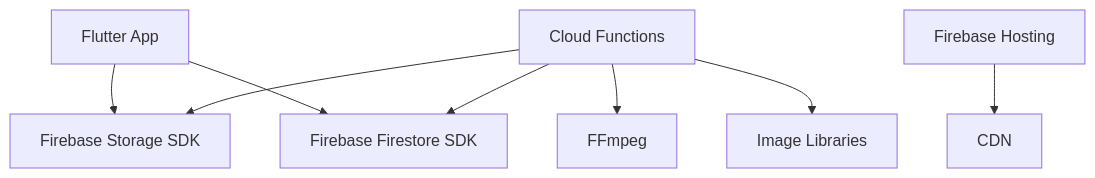
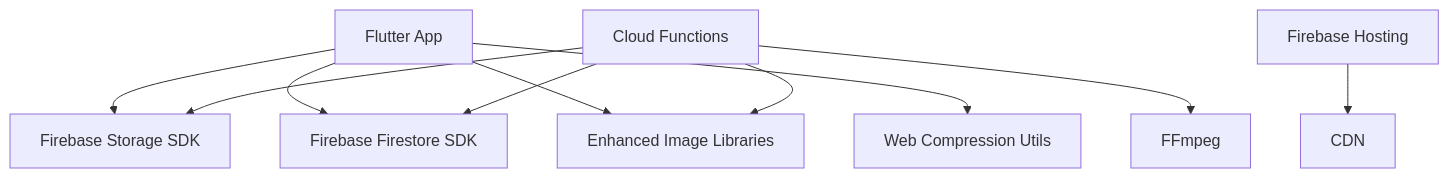
Diagram 15 of 15 in .qoder/repowiki/en/content/Media Management/Media Management.md (raihom-netizen/com.gestaoyahwehios.app), drawn with Mermaid before and after one commit. The commit also changed other lines of this file and 504 other files, not shown here.

Commit message:
chore: deploy completo producao 11.2.305+2138/2139 - deep-links, chat badges, TDLib, Functions, web

````diff
--- a/.qoder/repowiki/en/content/Media Management/Media Management.md
+++ b/.qoder/repowiki/en/content/Media Management/Media Management.md
@@ -393,10 +457,12 @@
 ```mermaid
 graph TB
 App["Flutter App"] --> StorageSDK["Firebase Storage SDK"]
 App --> FirestoreSDK["Firebase Firestore SDK"]
+App --> ImageLib["Enhanced Image Libraries"]
+App --> WebComp["Web Compression Utils"]
 Functions["Cloud Functions"] --> StorageSDK
 Functions --> FirestoreSDK
 Functions --> FFmpeg["FFmpeg"]
-Functions --> ImageLib["Image Libraries"]
+Functions --> ImageLib
 Hosting["Firebase Hosting"] --> CDN["CDN"]
 ```
````
